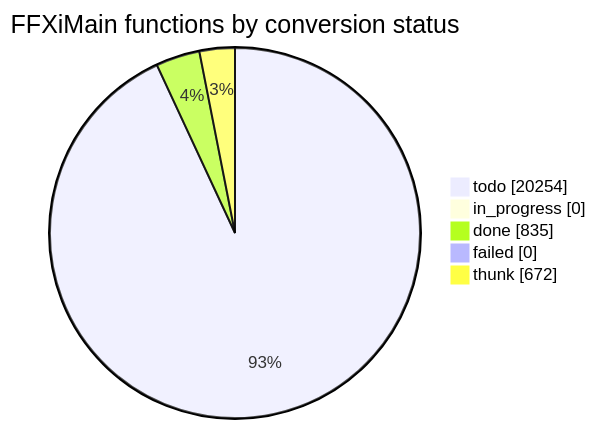
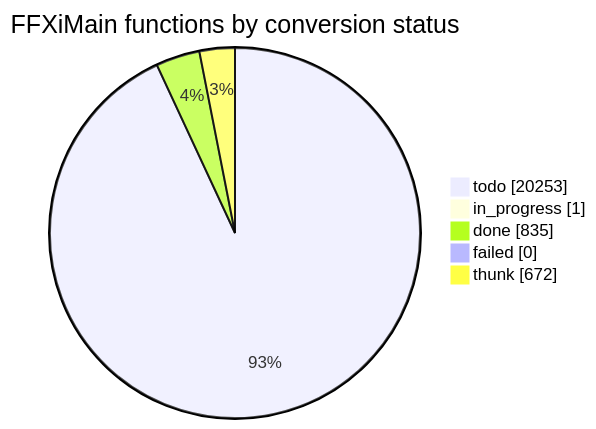
Before and after one commit to cowrevenge/cow_kuluu_xi_anything: the diagram in docs/cow/STATUS.md, drawn with Mermaid. The commit also changed other lines of this file and 6 other files, not shown here.

````diff
--- a/docs/cow/STATUS.md
+++ b/docs/cow/STATUS.md
@@ -18,9 +18,9 @@
 ```mermaid
 pie showData
     title FFXiMain functions by conversion status
-    "todo" : 20254
-    "in_progress" : 0
+    "todo" : 20253
+    "in_progress" : 1
     "done" : 835
     "failed" : 0
     "thunk" : 672
 ```
````
